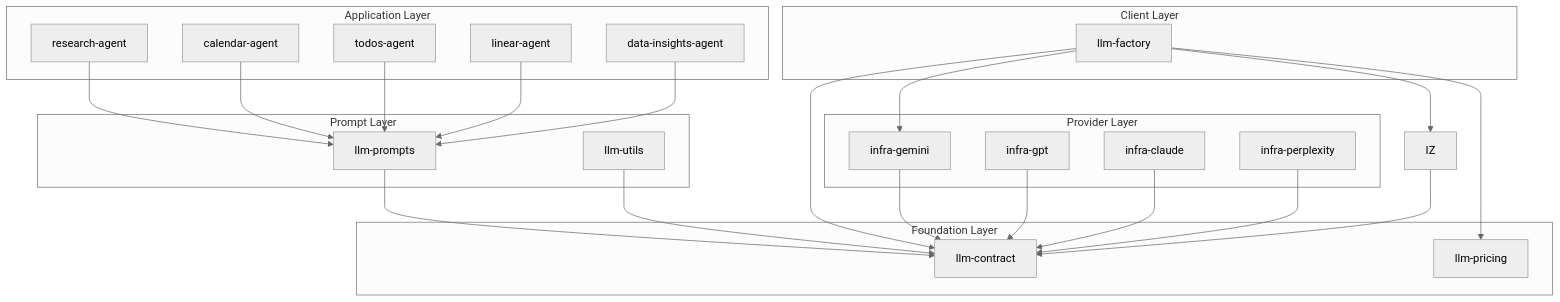
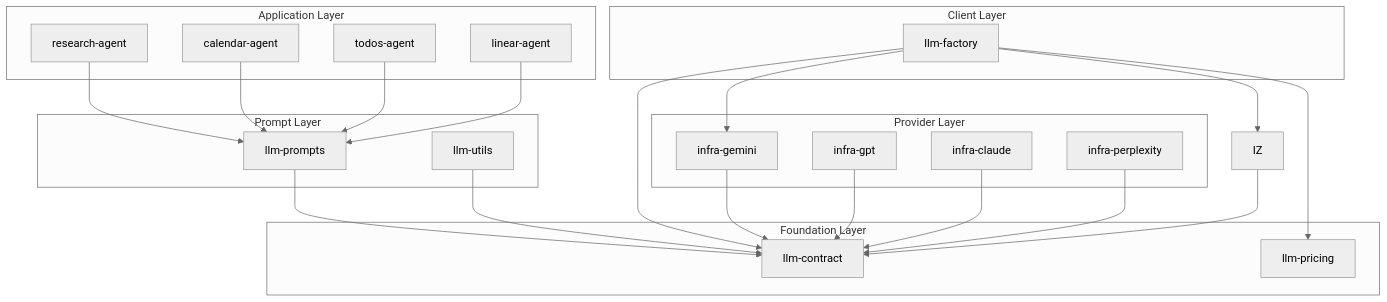
Before and after one commit to pbuchman/intexuraos: the diagram in docs/architecture/llm-packages.md, drawn with Mermaid (neutral theme). The commit also changed 51 other files, not shown here.

First line of the commit message:
docs: remove stale Data Insights references from docs, configs, and validation reports

````diff
--- a/docs/architecture/llm-packages.md
+++ b/docs/architecture/llm-packages.md
@@ -11,51 +11,49 @@
 ```mermaid
 graph TB
     subgraph "Application Layer"
         RA[research-agent]
         CA[calendar-agent]
         TA[todos-agent]
         LA[linear-agent]
-        DIA[data-insights-agent]
     end
 
     subgraph "Prompt Layer"
         LP[llm-prompts]
         LU[llm-utils]
     end
 
     subgraph "Client Layer"
         LF[llm-factory]
     end
 
     subgraph "Provider Layer"
         IG[infra-gemini]
         IO[infra-gpt]
         IC[infra-claude]
         IP[infra-perplexity]
     end
 
     subgraph "Foundation Layer"
         LC[llm-contract]
         LPR[llm-pricing]
     end
 
     RA --> LP
     CA --> LP
     TA --> LP
     LA --> LP
-    DIA --> LP
 
     LP --> LC
     LU --> LC
     LF --> LC
     LF --> LPR
 
     LF --> IG
     LF --> IZ
 
     IG --> LC
     IO --> LC
     IC --> LC
     IP --> LC
     IZ --> LC
 ```
````
